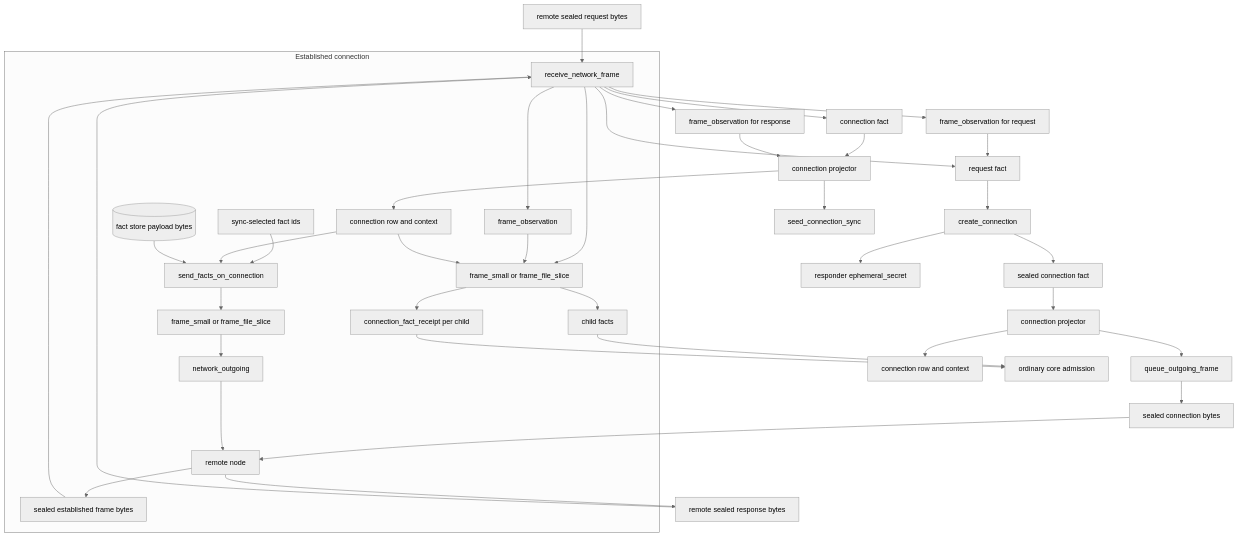
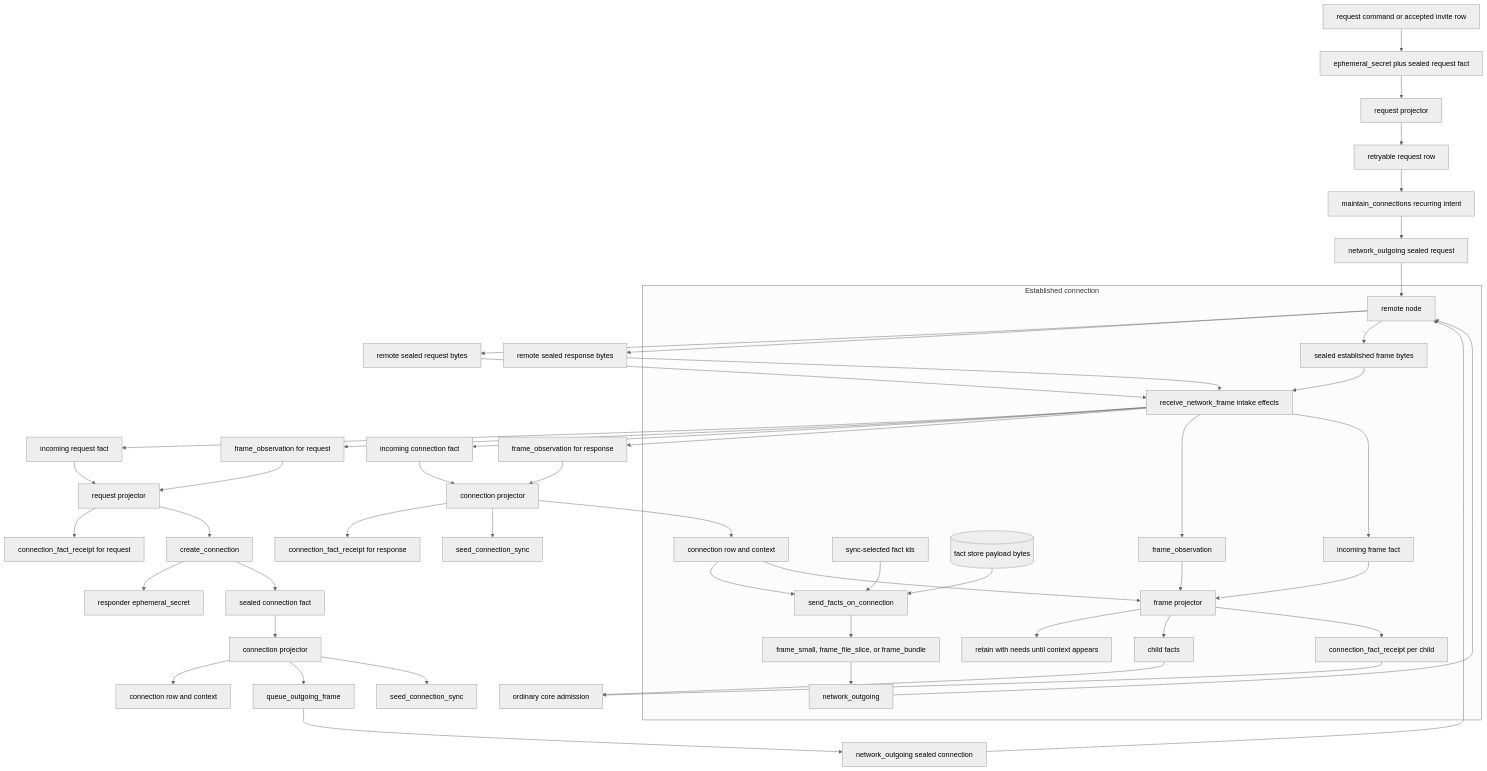
One commit to holmesworcester/poc-10 changed the fourth of 6 diagrams in ARCHITECTURE_DIAGRAMS.md. Above: the diagram before and after it, drawn with Mermaid (neutral theme). The commit also changed other lines of this file and 2 other files, not shown here.

Commit message:
Resolve outgoing queue merge docs

````diff
--- a/ARCHITECTURE_DIAGRAMS.md
+++ b/ARCHITECTURE_DIAGRAMS.md
@@ -155,45 +194,59 @@
 ```mermaid
 %%{init: {"flowchart": {"wrappingWidth": 340}} }%%
 flowchart TD
-    REMOTE_REQ["remote sealed request bytes"] --> RECEIVE["receive_network_frame"]
-    RECEIVE --> REQ["request fact"]
+    REQUEST_CMD["request command or accepted invite row"] --> LOCAL_REQ["ephemeral_secret plus sealed request fact"]
+    LOCAL_REQ --> REQUEST_PROJECTOR["request projector"]
+    REQUEST_PROJECTOR --> REQUEST_ROW["retryable request row"]
+    REQUEST_ROW --> MAINTAIN["maintain_connections recurring intent"]
+    MAINTAIN --> SEND_REQ["network_outgoing sealed request"]
+    SEND_REQ --> PEER["remote node"]
+
+    PEER --> REMOTE_REQ["remote sealed request bytes"]
+    REMOTE_REQ --> RECEIVE["receive_network_frame intake effects"]
+    RECEIVE --> REQ["incoming request fact"]
     RECEIVE --> OBS1["frame_observation for request"]
-    REQ --> CREATE_RESP["create_connection"]
-    OBS1 --> REQ
+    REQ --> REQ_PROJECTOR["request projector"]
+    OBS1 --> REQ_PROJECTOR
+    REQ_PROJECTOR --> REQ_RECEIPT["connection_fact_receipt for request"]
+    REQ_PROJECTOR --> CREATE_RESP["create_connection"]
     CREATE_RESP --> RESP_SECRET["responder ephemeral_secret"]
     CREATE_RESP --> RESP_OUT["sealed connection fact"]
     RESP_OUT --> RESP_PROJECT_A["connection projector"]
     RESP_PROJECT_A --> CONNECTION_A["connection row and context"]
     RESP_PROJECT_A --> QUEUE_RESP["queue_outgoing_frame"]
-    QUEUE_RESP --> RESP_BYTES["sealed connection bytes"]
-    RESP_BYTES --> PEER["remote node"]
+    RESP_PROJECT_A --> SEED_A["seed_connection_sync"]
+    QUEUE_RESP --> RESP_BYTES["network_outgoing sealed connection"]
+    RESP_BYTES --> PEER
 
     PEER --> REMOTE_RESP["remote sealed response bytes"]
     REMOTE_RESP --> RECEIVE
-    RECEIVE --> RESP_LOCAL["connection fact"]
+    RECEIVE --> RESP_LOCAL["incoming connection fact"]
     RECEIVE --> OBS2["frame_observation for response"]
     RESP_LOCAL --> RESP_PROJECT_B["connection projector"]
     OBS2 --> RESP_PROJECT_B
     RESP_PROJECT_B --> CONNECTION_B["connection row and context"]
-    RESP_PROJECT_B --> SEED["seed_connection_sync"]
+    RESP_PROJECT_B --> RESP_RECEIPT["connection_fact_receipt for response"]
+    RESP_PROJECT_B --> SEED_B["seed_connection_sync"]
 
     subgraph ESTABLISHED["Established connection"]
       SYNC_IDS["sync-selected fact ids"] --> SEND_IDS["send_facts_on_connection"]
       CONNECTION_B --> SEND_IDS
       FACT_STORE[("fact store payload bytes")] --> SEND_IDS
-      SEND_IDS --> FRAME_OUT["frame_small or frame_file_slice"]
+      SEND_IDS --> FRAME_OUT["frame_small, frame_file_slice, or frame_bundle"]
       FRAME_OUT --> NETWORK["network_outgoing"]
       NETWORK --> PEER
       PEER --> FRAME_IN_BYTES["sealed established frame bytes"]
       FRAME_IN_BYTES --> RECEIVE
       RECEIVE --> OBS["frame_observation"]
-      RECEIVE --> FRAME_IN["frame_small or frame_file_slice"]
-      OBS --> FRAME_IN
-      CONNECTION_B --> FRAME_IN
-      FRAME_IN --> CHILD["child facts"]
-      FRAME_IN --> REC_CHILD["connection_fact_receipt per child"]
+      RECEIVE --> FRAME_IN["incoming frame fact"]
+      OBS --> FRAME_PROJECTOR["frame projector"]
+      CONNECTION_B --> FRAME_PROJECTOR
+      FRAME_IN --> FRAME_PROJECTOR
+      FRAME_PROJECTOR --> PARK["retain with needs until context appears"]
+      FRAME_PROJECTOR --> CHILD["child facts"]
+      FRAME_PROJECTOR --> REC_CHILD["connection_fact_receipt per child"]
     end
 
     CHILD --> CORE["ordinary core admission"]
     REC_CHILD --> CORE
 ```
````
